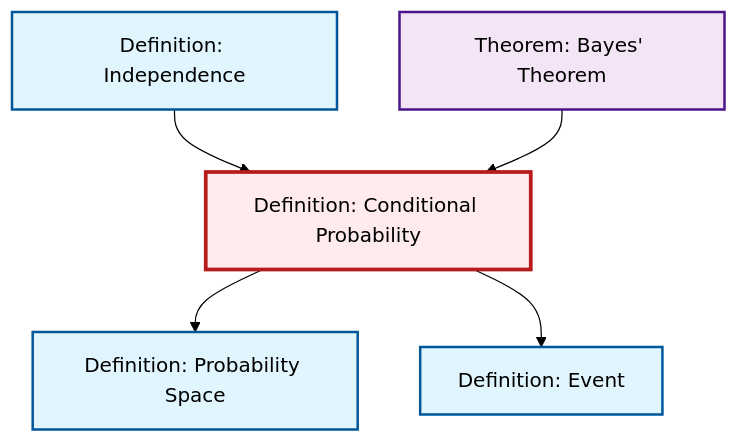
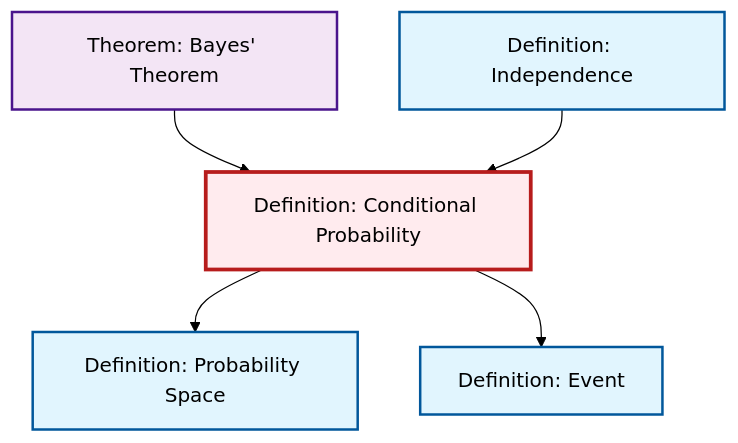
Before and after one commit to RK0429/ModernMath: the diagram in content/en/probability-statistics/def-conditional-probability.qmd, drawn with Mermaid (forest theme). The commit also changed other lines of this file and 497 other files, not shown here.

````diff
--- a/content/en/probability-statistics/def-conditional-probability.qmd
+++ b/content/en/probability-statistics/def-conditional-probability.qmd
@@ -69,23 +69,23 @@
 ```{mermaid}
 %%| fig-cap: "Local dependency graph"
 graph TD
     classDef definition fill:#e1f5fe,stroke:#01579b,stroke-width:2px
     classDef theorem fill:#f3e5f5,stroke:#4a148c,stroke-width:2px
     classDef axiom fill:#fff3e0,stroke:#e65100,stroke-width:2px
     classDef example fill:#e8f5e9,stroke:#1b5e20,stroke-width:2px
     classDef current fill:#ffebee,stroke:#b71c1c,stroke-width:3px
-    thm-bayes["Theorem: Bayes' Theorem"]:::theorem
     def-conditional-probability["Definition: Conditional Probability"]:::definition
     def-event["Definition: Event"]:::definition
+    thm-bayes["Theorem: Bayes' Theorem"]:::theorem
+    def-independence["Definition: Independence"]:::definition
     def-probability-space["Definition: Probability Space"]:::definition
-    def-independence["Definition: Independence"]:::definition
+    thm-bayes --> def-conditional-probability
     def-conditional-probability --> def-probability-space
+    def-conditional-probability --> def-event
     def-independence --> def-conditional-probability
-    def-conditional-probability --> def-event
-    thm-bayes --> def-conditional-probability
     class def-conditional-probability current
+    click def-event "def-event.html" "Go to Event definition"
     click thm-bayes "thm-bayes.html" "Go to Bayes' Theorem theorem"
-    click def-event "def-event.html" "Go to Event definition"
+    click def-independence "def-independence.html" "Go to Independence definition"
     click def-probability-space "def-probability-space.html" "Go to Probability Space definition"
-    click def-independence "def-independence.html" "Go to Independence definition"
 ```
````
